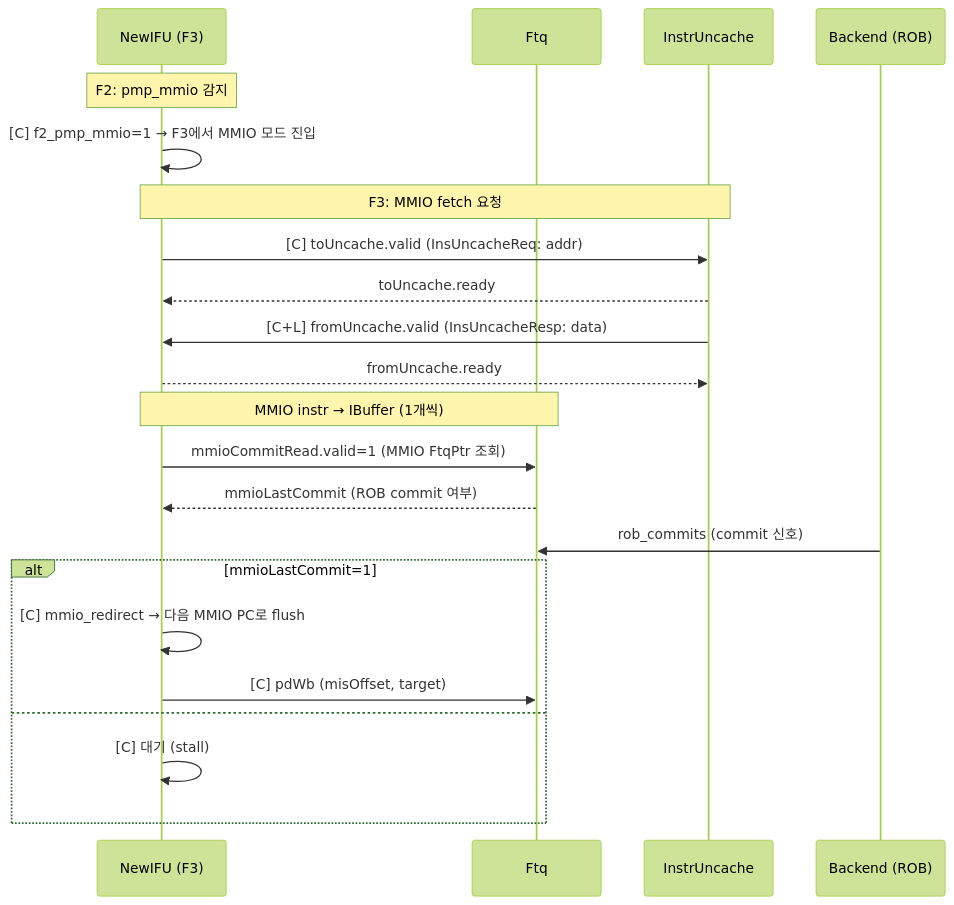
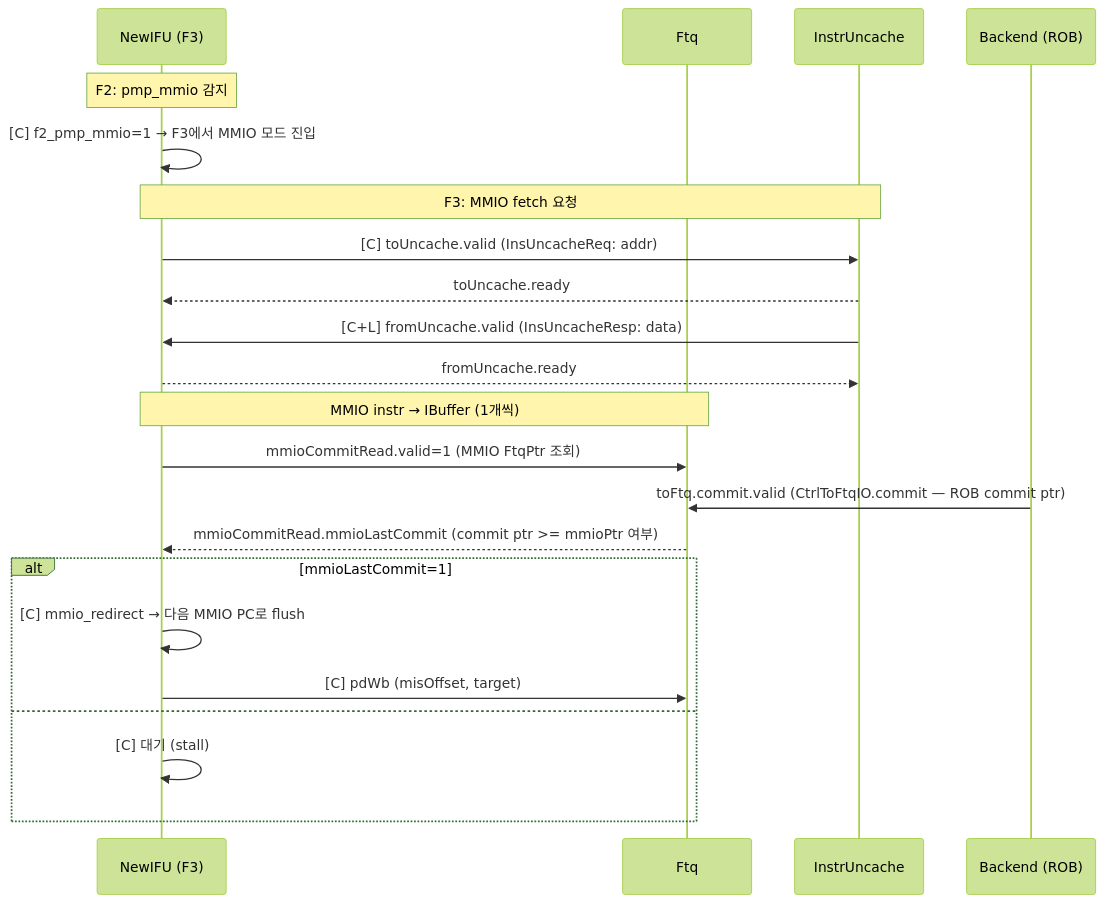
Before and after one commit to cinkeun/CPU_XS_02172026: the seventh of 7 diagrams in src/main/scala/xiangshan/frontend/doc/frontend_in_out_seq_diagram.md, drawn with Mermaid (forest theme). The commit also changed other lines of this file and 10 other files, not shown here.

````diff
--- a/src/main/scala/xiangshan/frontend/doc/frontend_in_out_seq_diagram.md
+++ b/src/main/scala/xiangshan/frontend/doc/frontend_in_out_seq_diagram.md
@@ -317,28 +323,28 @@
 ```mermaid
 sequenceDiagram
   participant IFU as NewIFU (F3)
   participant FTQ as Ftq
   participant UC  as InstrUncache
   participant BE  as Backend (ROB)
 
   Note over IFU: F2: pmp_mmio 감지
   IFU->>IFU: [C] f2_pmp_mmio=1 → F3에서 MMIO 모드 진입
 
   Note over IFU,UC: F3: MMIO fetch 요청
   IFU->>UC: [C] toUncache.valid (InsUncacheReq: addr)
   UC-->>IFU: toUncache.ready
   UC->>IFU: [C+L] fromUncache.valid (InsUncacheResp: data)
   IFU-->>UC: fromUncache.ready
 
   Note over IFU,FTQ: MMIO instr → IBuffer (1개씩)
   IFU->>FTQ: mmioCommitRead.valid=1 (MMIO FtqPtr 조회)
-  FTQ-->>IFU: mmioLastCommit (ROB commit 여부)
-  BE->>FTQ: rob_commits (commit 신호)
+  BE->>FTQ: toFtq.commit.valid (CtrlToFtqIO.commit — ROB commit ptr)
+  FTQ-->>IFU: mmioCommitRead.mmioLastCommit (commit ptr >= mmioPtr 여부)
 
   alt mmioLastCommit=1
     IFU->>IFU: [C] mmio_redirect → 다음 MMIO PC로 flush
     IFU->>FTQ: [C] pdWb (misOffset, target)
   else
     IFU->>IFU: [C] 대기 (stall)
   end
 ```
````
